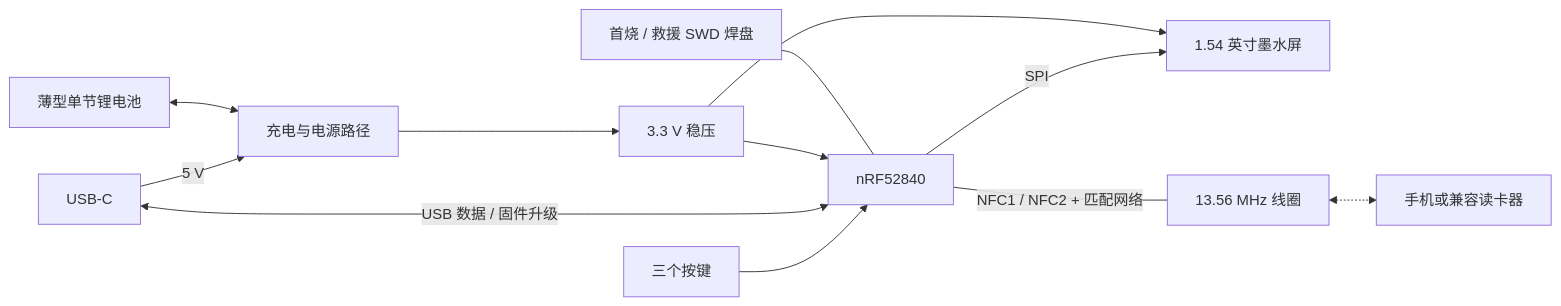
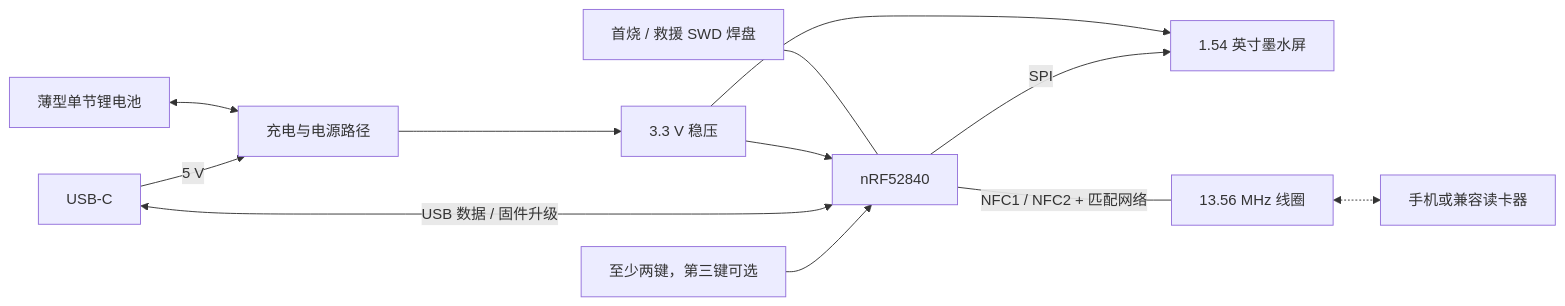
One commit to Lin-Guanguo/hardware-lab changed the diagram in projects/nfc-business-card/docs/architecture.md. Above: the diagram before and after it, drawn with Mermaid. The commit also changed other lines of this file and 133 other files, not shown here.

````diff
--- a/projects/nfc-business-card/docs/architecture.md
+++ b/projects/nfc-business-card/docs/architecture.md
@@ -16,14 +18,14 @@
 ```mermaid
 flowchart LR
-    Keys[三个按键] --> MCU[nRF52840]
+    Keys[至少两键，第三键可选] --> MCU[nRF52840]
     MCU -->|SPI| EPD[1.54 英寸墨水屏]
     MCU ---|NFC1 / NFC2 + 匹配网络| Coil[13.56 MHz 线圈]
     Coil <-.-> Reader[手机或兼容读卡器]
     USB[USB-C] -->|5 V| Charger[充电与电源路径]
     USB <-->|USB 数据 / 固件升级| MCU
     Battery[薄型单节锂电池] <--> Charger
     Charger --> Reg[3.3 V 稳压]
     Reg --> MCU
     Reg --> EPD
     SWD[首烧 / 救援 SWD 焊盘] --- MCU
 ```
````
